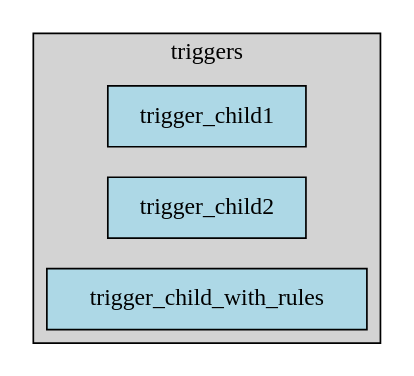
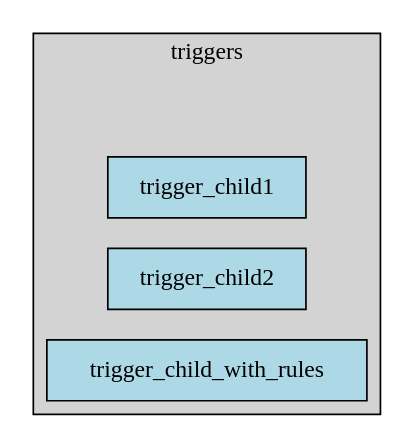
Before and after one commit to eisbaw/gitlab_local_ci: the diagram in test_ci_projects/proj16.output_reference/dag.dot, drawn with Graphviz. The commit also changed 174 other files, not shown here.

```diff
--- a/test_ci_projects/proj16.output_reference/dag.dot
+++ b/test_ci_projects/proj16.output_reference/dag.dot
@@ -1,16 +1,19 @@
 digraph pipeline {
   rankdir="LR";
   ranksep=2;
+  compound=true;
   node [shape=box, style=filled, fillcolor=lightblue];
 
   subgraph cluster_triggers {
     label="triggers";
     style=filled;
     fillcolor=lightgrey;
 
+    __stage_anchor_triggers [style=invis, width=0, height=0];
+
     trigger_child1 [label="trigger_child1", tooltip="---\nstage: triggers\ntrigger:\n  include: \".gitlab/ci/child1.yml\"\n  strategy: depend\nvariables:\n  CHILD_VAR: for_child1\n  ENVIRONMENT: development\n"];
     trigger_child2 [label="trigger_child2", tooltip="---\nstage: triggers\ntrigger:\n  include: \".gitlab/ci/child2.yml\"\n  strategy: depend\nvariables:\n  CHILD_VAR: for_child2\n  ENVIRONMENT: production\n"];
     trigger_child_with_rules [label="trigger_child_with_rules", tooltip="---\nstage: triggers\ntrigger:\n  include: \".gitlab/ci/child1.yml\"\n  strategy: depend\nvariables:\n  CHILD_VAR: conditional\nrules:\n- if: $CI_COMMIT_BRANCH == \"main\"\n"];
   }
 
 }
```
